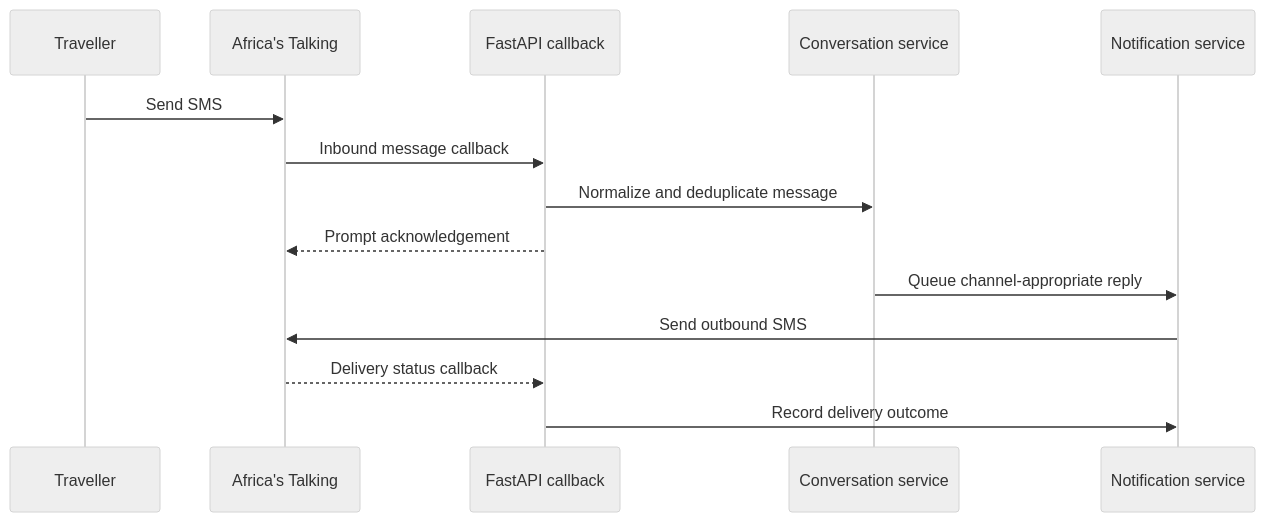
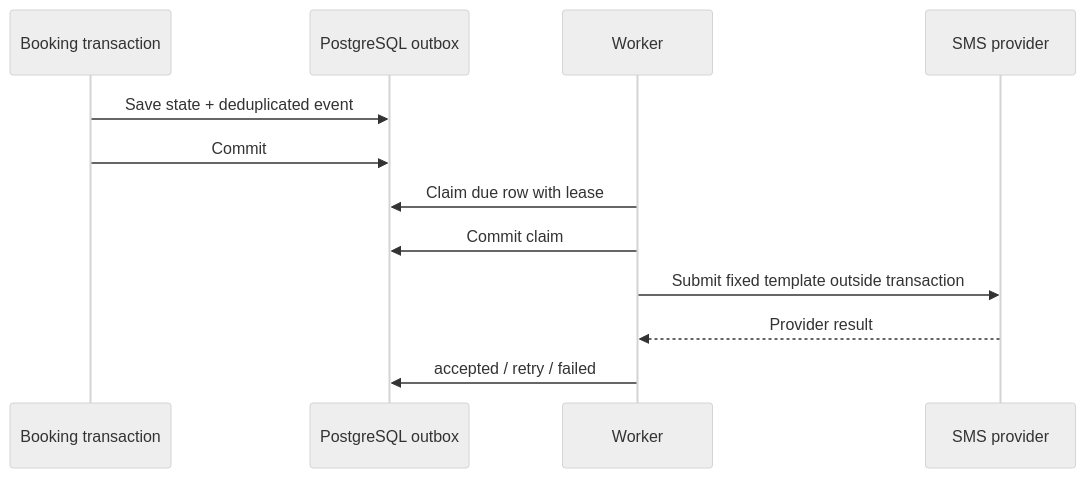
One commit to gloria-mbilinyi/safarismart-ai-concierge changed the third of 3 diagrams in docs/architecture.md. Above: the diagram before and after it, drawn with Mermaid (neutral theme). The commit also changed other lines of this file and 8 other files, not shown here.

````diff
--- a/docs/architecture.md
+++ b/docs/architecture.md
@@ -162,17 +117,14 @@
 ```mermaid
 sequenceDiagram
-    participant T as Traveller
-    participant AT as Africa's Talking
-    participant API as FastAPI callback
-    participant C as Conversation service
-    participant N as Notification service
-
-    T->>AT: Send SMS
-    AT->>API: Inbound message callback
-    API->>C: Normalize and deduplicate message
-    API-->>AT: Prompt acknowledgement
-    C->>N: Queue channel-appropriate reply
-    N->>AT: Send outbound SMS
-    AT-->>API: Delivery status callback
-    API->>N: Record delivery outcome
+    participant API as Booking transaction
+    participant DB as PostgreSQL outbox
+    participant W as Worker
+    participant AT as SMS provider
+    API->>DB: Save state + deduplicated event
+    API->>DB: Commit
+    W->>DB: Claim due row with lease
+    W->>DB: Commit claim
+    W->>AT: Submit fixed template outside transaction
+    AT-->>W: Provider result
+    W->>DB: accepted / retry / failed
 ```
````
